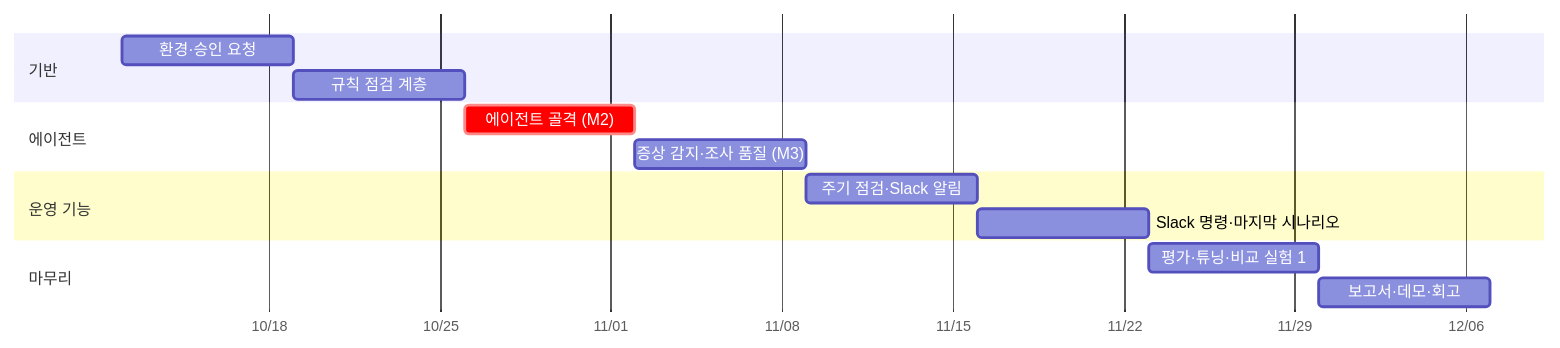
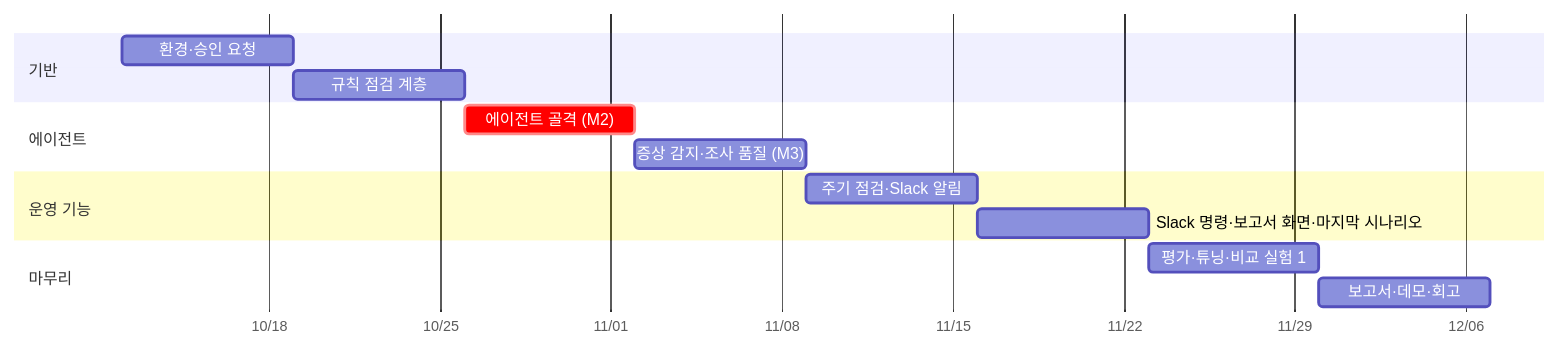
One commit to skax-jihyeryu/KubeGuardian changed the diagram in docs/02-execution-plan.md. Above: the diagram before and after it, drawn with Mermaid. The commit also changed other lines of this file and 6 other files, not shown here.

````diff
--- a/docs/02-execution-plan.md
+++ b/docs/02-execution-plan.md
@@ -248,17 +251,17 @@
 ```mermaid
 gantt
     dateFormat YYYY-MM-DD
     axisFormat %m/%d
     section 기반
     환경·승인 요청 :w1, 2026-10-12, 7d
     규칙 점검 계층 :w2, after w1, 7d
     section 에이전트
     에이전트 골격 (M2) :crit, w3, after w2, 7d
     증상 감지·조사 품질 (M3) :w4, after w3, 7d
     section 운영 기능
     주기 점검·Slack 알림 :w5, after w4, 7d
-    Slack 명령·마지막 시나리오 :w6, after w5, 7d
+    Slack 명령·보고서 화면·마지막 시나리오 :w6, after w5, 7d
     section 마무리
     평가·튜닝·비교 실험 1 :w7, after w6, 7d
     보고서·데모·회고 :w8, after w7, 7d
 ```
````
